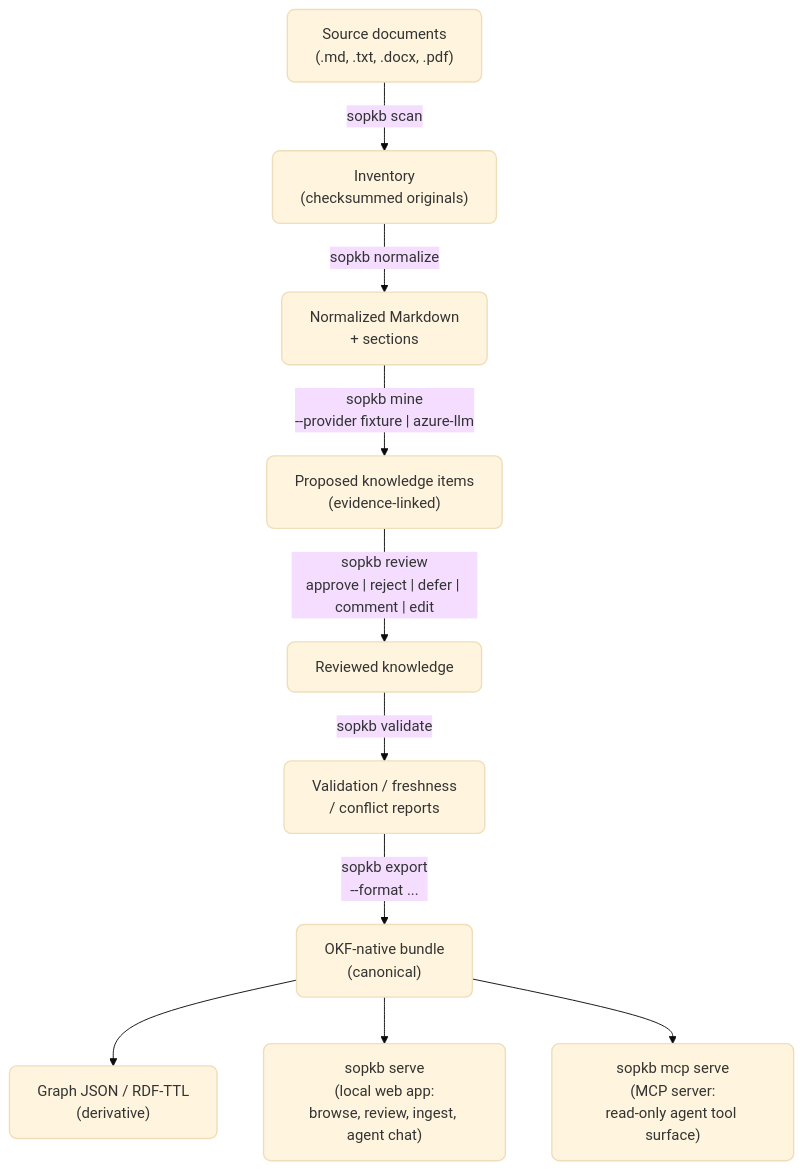
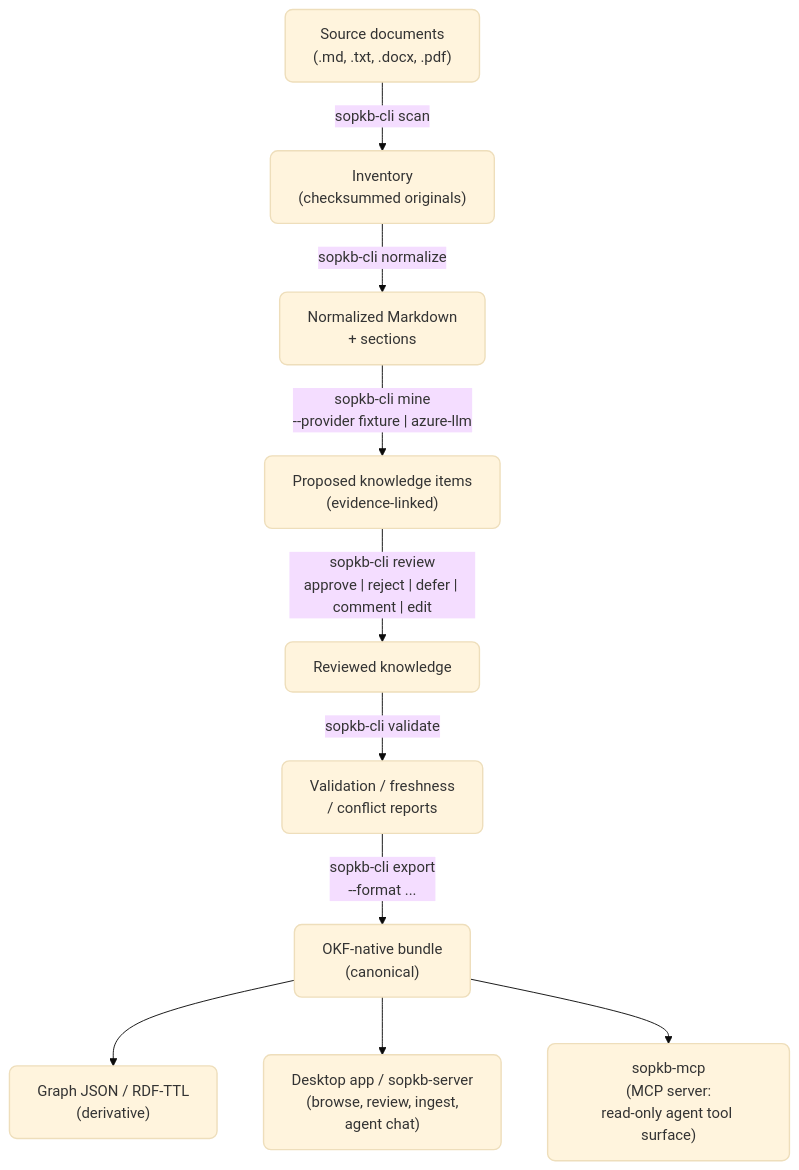
The diagram in docs/ARCHITECTURE.md (CogniSwitch/KL4A), drawn with Mermaid (base theme) before and after one commit. The commit also changed other lines of this file and 15 other files, not shown here.

````diff
--- a/docs/ARCHITECTURE.md
+++ b/docs/ARCHITECTURE.md
@@ -11,33 +11,33 @@
 ```mermaid
 flowchart TD
     A["Source documents<br/>(.md, .txt, .docx, .pdf)"]
-        -- "sopkb scan" -->
+        -- "sopkb-cli scan" -->
     B["Inventory<br/>(checksummed originals)"]
 
     B
-        -- "sopkb normalize" -->
+        -- "sopkb-cli normalize" -->
     C["Normalized Markdown<br/>+ sections"]
 
     C
-        -- "sopkb mine<br/>--provider fixture | azure-llm" -->
+        -- "sopkb-cli mine<br/>--provider fixture | azure-llm" -->
     D["Proposed knowledge items<br/>(evidence-linked)"]
 
     D
-        -- "sopkb review<br/>approve | reject | defer | comment | edit" -->
+        -- "sopkb-cli review<br/>approve | reject | defer | comment | edit" -->
     E["Reviewed knowledge"]
 
     E
-        -- "sopkb validate" -->
+        -- "sopkb-cli validate" -->
     F["Validation / freshness<br/>/ conflict reports"]
 
     F
-        -- "sopkb export<br/>--format ..." -->
+        -- "sopkb-cli export<br/>--format ..." -->
     G["OKF-native bundle<br/>(canonical)"]
 
     G --> H["Graph JSON / RDF-TTL<br/>(derivative)"]
-    G --> I["sopkb serve<br/>(local web app:<br/>browse, review, ingest, agent chat)"]
-    G --> J["sopkb mcp serve<br/>(MCP server:<br/>read-only agent tool surface)"]
+    G --> I["Desktop app / sopkb-server<br/>(browse, review, ingest,<br/>agent chat)"]
+    G --> J["sopkb-mcp<br/>(MCP server:<br/>read-only agent tool surface)"]
 
     classDef box stroke-width:1.5px,rx:8,ry:8;
     class A,B,C,D,E,F,G,H,I,J box;
 ```
````
